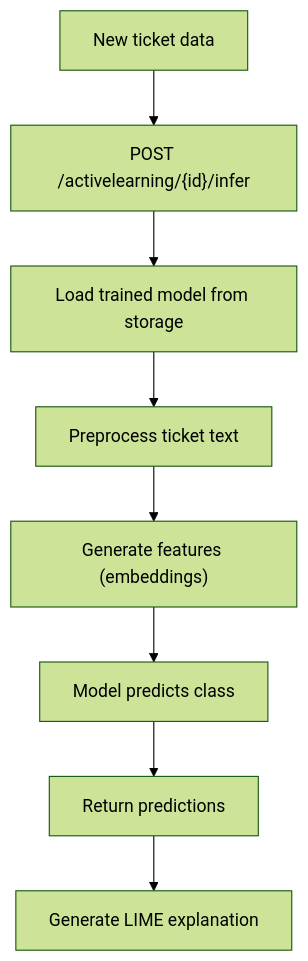
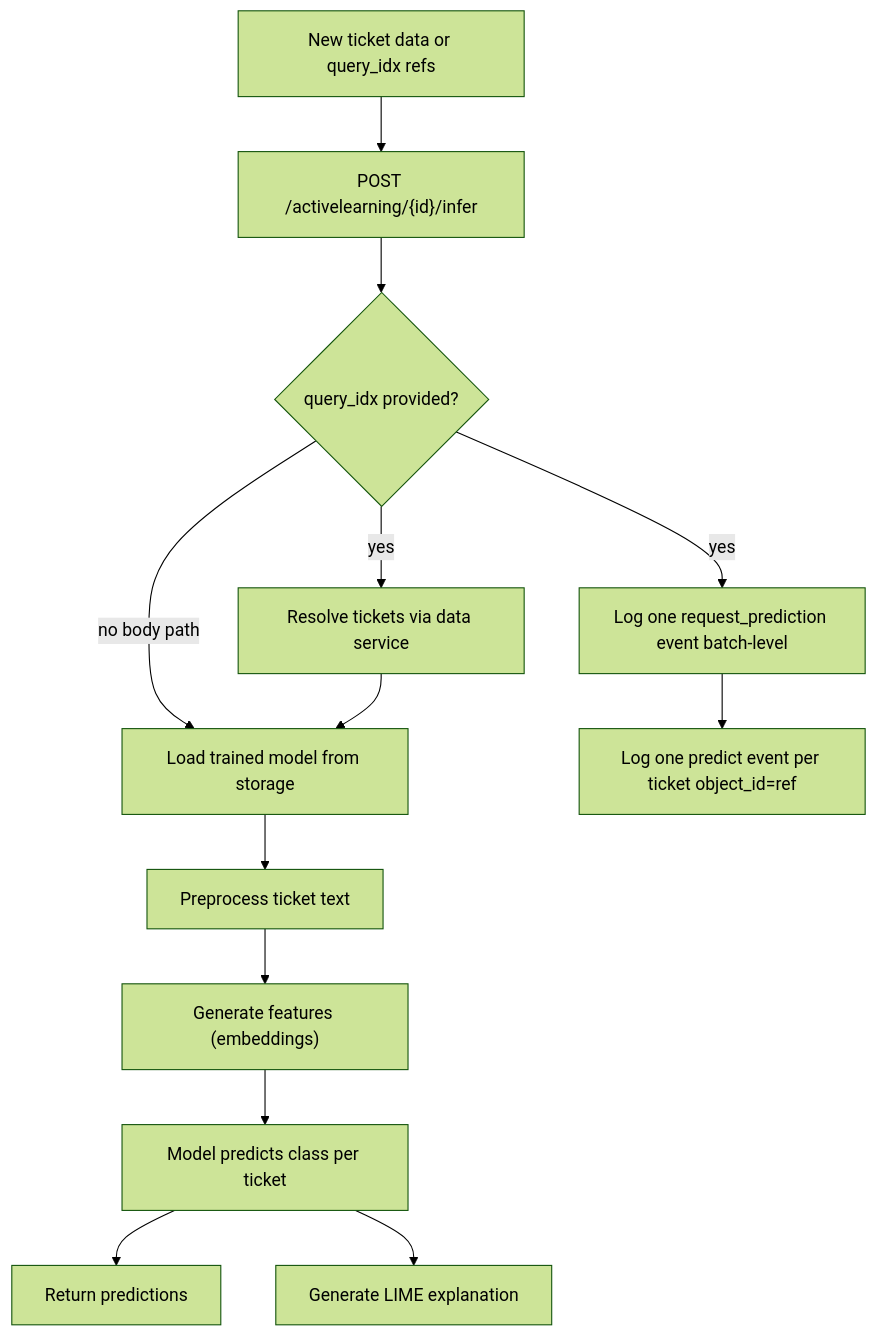
One commit to HumAIne-JSI/HumAL changed the second of 2 diagrams in docs/ARCHITECTURE.md. Above: the diagram before and after it, drawn with Mermaid (forest theme). The commit also changed other lines of this file and 10 other files, not shown here.

````diff
--- a/docs/ARCHITECTURE.md
+++ b/docs/ARCHITECTURE.md
@@ -210,20 +209,29 @@
 ```mermaid
 flowchart TD
-    A[New ticket data]
+    A[New ticket data or query_idx refs]
     B["POST /activelearning/{id}/infer"]
-    C[Load trained model from storage]
-    D[Preprocess ticket text]
-    E["Generate features (embeddings)"]
-    F[Model predicts class]
-    G[Return predictions]
-    H[Generate LIME explanation]
+    C{query_idx provided?}
+    D[Resolve tickets via data service]
+    E[Load trained model from storage]
+    F[Preprocess ticket text]
+    G["Generate features (embeddings)"]
+    H[Model predicts class per ticket]
+    I[Return predictions]
+    J[Log one request_prediction event batch-level]
+    K[Log one predict event per ticket object_id=ref]
+    L[Generate LIME explanation]
 
     A --> B
     B --> C
-    C --> D
+    C -- yes --> D
+    C -- no body path --> E
     D --> E
     E --> F
     F --> G
     G --> H
+    H --> I
+    C -- yes --> J
+    J --> K
+    H --> L
 
 ```
````
